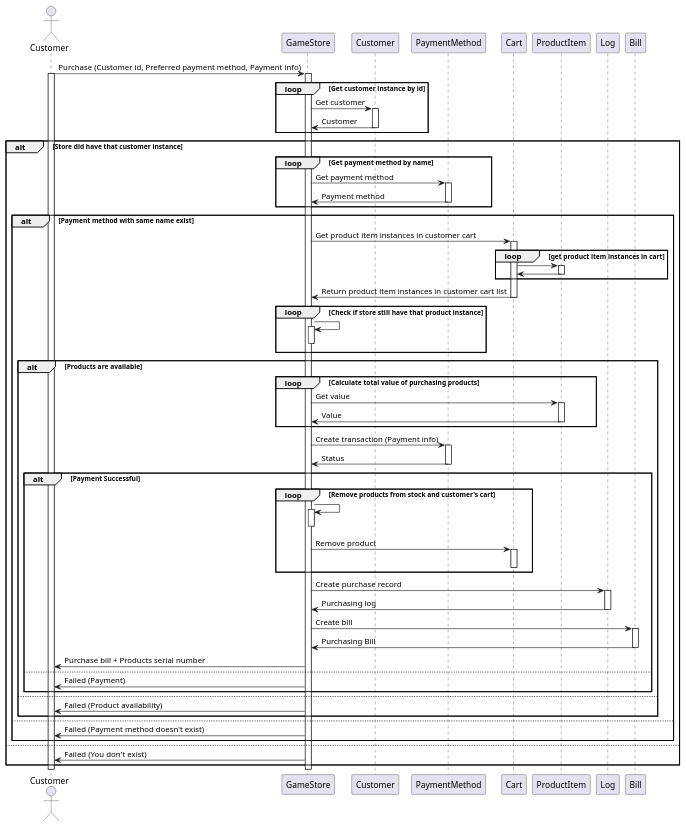
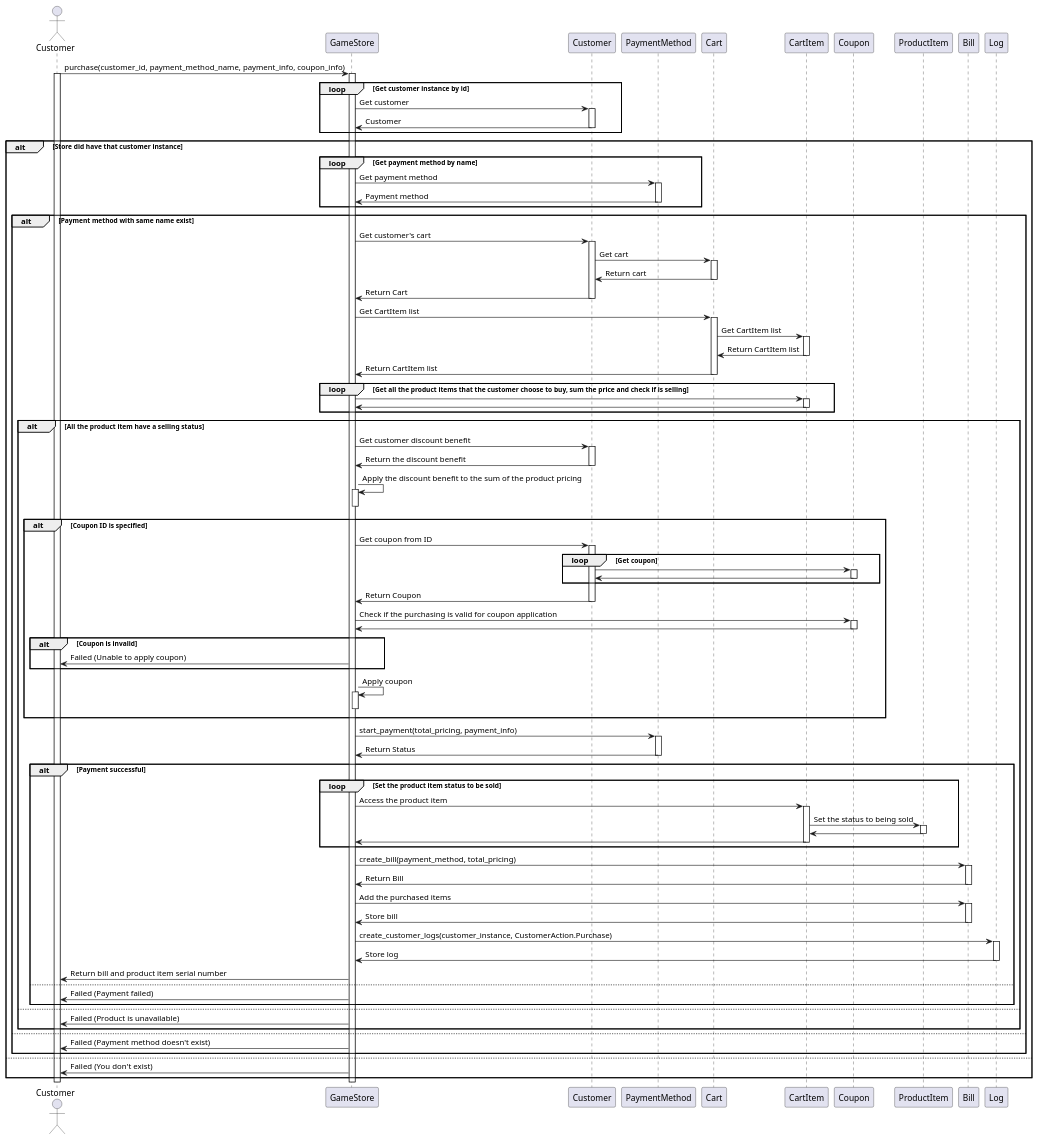
Before and after one commit to WaroonRagwongsiri/OOP_Project: the diagram in SequenceDiagram/sequence_diagram_purchase.puml, drawn with PlantUML.

Commit message:
add satan form

```diff
--- a/SequenceDiagram/sequence_diagram_purchase.puml
+++ b/SequenceDiagram/sequence_diagram_purchase.puml
@@ -1,94 +1,136 @@
 @startuml E
 
 actor Customer as CustomerA
 
-CustomerA -> GameStore : Purchase (Customer id, Preferred payment method, Payment info)
+CustomerA -> GameStore : purchase(customer_id, payment_method_name, payment_info, coupon_info)
 activate CustomerA
 activate GameStore
 
 loop Get customer instance by id
     GameStore -> Customer : Get customer
     activate Customer
     Customer -> GameStore : Customer
     deactivate Customer
 end
 
 alt Store did have that customer instance
     loop Get payment method by name
         GameStore -> PaymentMethod : Get payment method
         activate PaymentMethod
         PaymentMethod -> GameStore : Payment method
         deactivate PaymentMethod
     end
 
     alt Payment method with same name exist
-        GameStore -> Cart : Get product item instances in customer cart
+        GameStore -> Customer : Get customer's cart
+        activate Customer
+        Customer -> Cart : Get cart
         activate Cart
-        loop get product item instances in cart
-            Cart -> ProductItem
-            activate ProductItem
-            ProductItem -> Cart
-            deactivate ProductItem
-        end
-        Cart -> GameStore : Return product item instances in customer cart list
+        Cart -> Customer : Return cart
+        deactivate Cart
+        Customer -> GameStore : Return Cart
+        deactivate Customer
+
+        GameStore -> Cart : Get CartItem list
+        activate Cart
+        Cart -> CartItem : Get CartItem list
+        activate CartItem
+        CartItem -> Cart : Return CartItem list
+        deactivate CartItem
+        Cart -> GameStore : Return CartItem list
         deactivate Cart
 
-        loop Check if store still have that product instance
-            GameStore -> GameStore
+        loop Get all the product items that the customer choose to buy, sum the price and check if is selling
+            GameStore -> CartItem
+            activate CartItem
+            CartItem -> GameStore
+            deactivate CartItem
+        end
+        
+        alt All the product item have a selling status
+            GameStore -> Customer : Get customer discount benefit
+            activate Customer
+            Customer -> GameStore : Return the discount benefit
+            deactivate Customer
+            GameStore -> GameStore : Apply the discount benefit to the sum of the product pricing
             activate GameStore
             deactivate GameStore
-        end
 
-        alt Products are available
-            loop Calculate total value of purchasing products
-                GameStore -> ProductItem : Get value
-                activate ProductItem
-                ProductItem -> GameStore : Value
-                deactivate ProductItem
+            alt Coupon ID is specified
+                GameStore -> Customer : Get coupon from ID
+                activate Customer
+                loop Get coupon
+                    Customer -> Coupon
+                    activate Coupon
+                    Coupon -> Customer
+                    deactivate Coupon
+                end
+                Customer -> GameStore : Return Coupon
+                deactivate Customer
+
+                GameStore -> Coupon : Check if the purchasing is valid for coupon application
+                activate Coupon
+                Coupon -> GameStore
+                deactivate Coupon
+
+                alt Coupon is invalid
+                    GameStore -> CustomerA : Failed (Unable to apply coupon)
+                end
+
+                GameStore -> GameStore : Apply coupon
+                activate GameStore
+                deactivate GameStore
             end
 
-            GameStore -> PaymentMethod : Create transaction (Payment info)
-            activate PaymentMethod 
-            PaymentMethod -> GameStore : Status
+            GameStore -> PaymentMethod : start_payment(total_pricing, payment_info)
+            activate PaymentMethod
+            PaymentMethod -> GameStore : Return Status
             deactivate PaymentMethod
-            
-            alt Payment Successful
-                loop Remove products from stock and customer's cart
-                    GameStore -> GameStore
-                    activate GameStore
-                    deactivate GameStore
-                    GameStore -> Cart : Remove product
-                    activate Cart
-                    deactivate Cart
+
+            alt Payment successful
+                loop Set the product item status to be sold
+                    GameStore -> CartItem : Access the product item
+                    activate CartItem
+                    CartItem -> ProductItem : Set the status to being sold
+                    activate ProductItem
+                    ProductItem -> CartItem
+                    deactivate ProductItem
+                    CartItem -> GameStore
+                    deactivate CartItem
                 end
 
-                GameStore -> Log : Create purchase record
+                GameStore -> Bill : create_bill(payment_method, total_pricing)
+                activate Bill
+                Bill -> GameStore : Return Bill
+                deactivate Bill
+
+                GameStore -> Bill : Add the purchased items
+                activate Bill
+                Bill -> GameStore : Store bill
+                deactivate Bill
+
+                GameStore -> Log : create_customer_logs(customer_instance, CustomerAction.Purchase)
                 activate Log
-                Log -> GameStore : Purchasing log
+                Log -> GameStore : Store log
                 deactivate Log
 
-                GameStore -> Bill : Create bill
-                activate Bill
-                Bill -> GameStore : Purchasing Bill
-                deactivate Bill
-
-                GameStore -> CustomerA : Purchase bill + Products serial number
+                GameStore -> CustomerA : Return bill and product item serial number
             else
-                GameStore -> CustomerA : Failed (Payment)
+                GameStore -> CustomerA : Failed (Payment failed)
             end
         else
-            GameStore -> CustomerA : Failed (Product availability)
+            GameStore -> CustomerA : Failed (Product is unavailable)
         end
     else
         GameStore -> CustomerA : Failed (Payment method doesn't exist)
     end
 else
     GameStore -> CustomerA : Failed (You don't exist)
 end
 
 
 
 deactivate GameStore
 deactivate CustomerA
 
 @enduml
```
